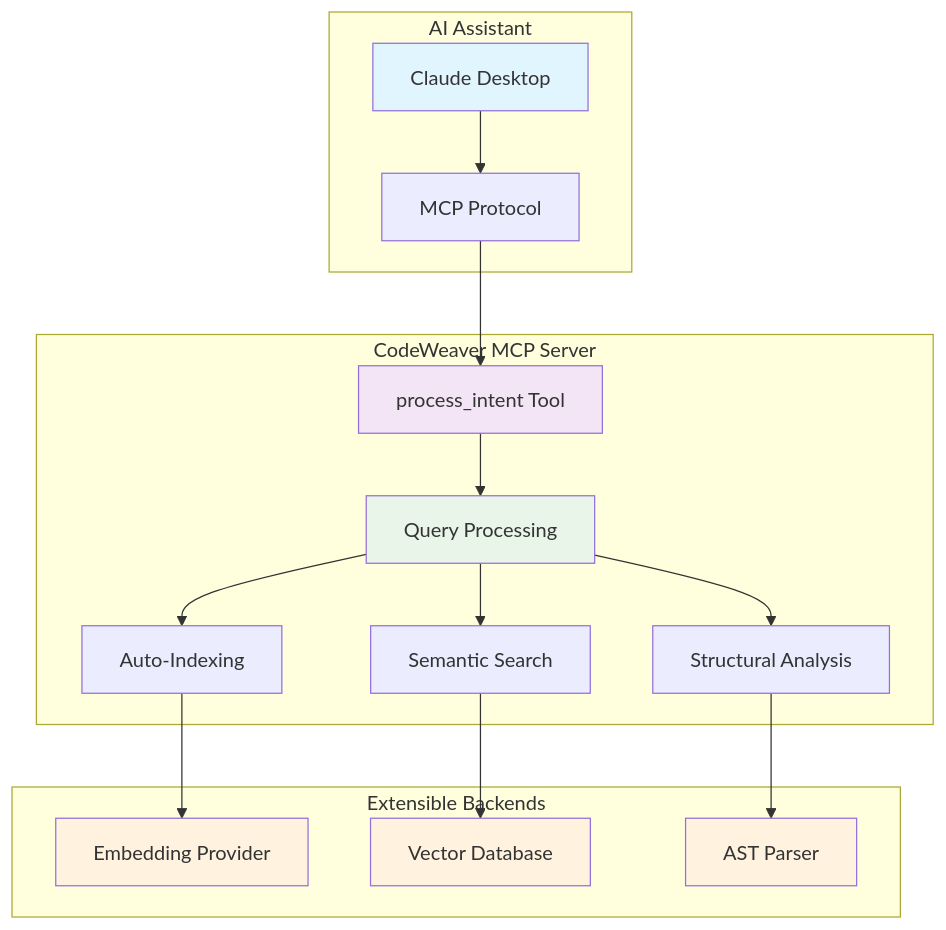
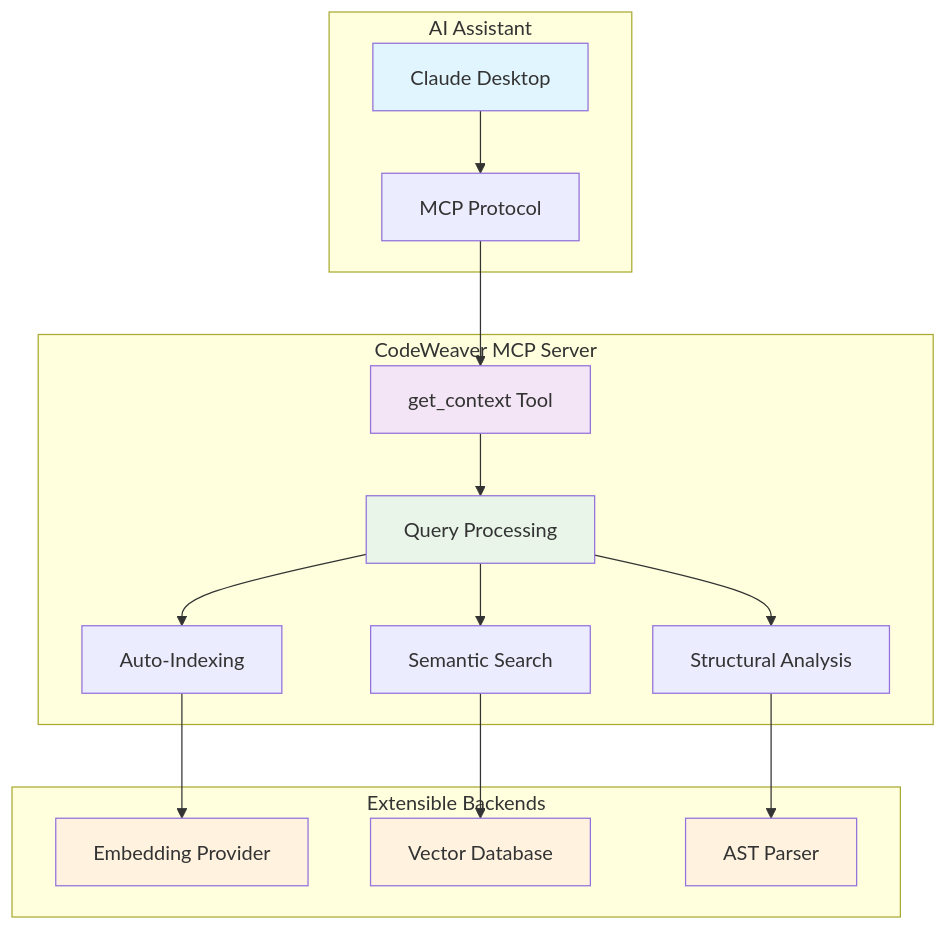
One commit to knitli/codeweaver-mcp changed the diagram in docs/index.md. Above: the diagram before and after it, drawn with Mermaid. The commit also changed 52 other files, not shown here.

````diff
--- a/docs/index.md
+++ b/docs/index.md
@@ -103,27 +103,27 @@
 ```mermaid
 graph TB
     subgraph "AI Assistant"
         A[Claude Desktop] --> B[MCP Protocol]
     end
 
     subgraph "CodeWeaver MCP Server"
-        B --> C[process_intent Tool]
+        B --> C[get_context Tool]
         C --> D[Query Processing]
         D --> E[Auto-Indexing]
         D --> F[Semantic Search]
         D --> G[Structural Analysis]
     end
 
     subgraph "Extensible Backends"
         E --> H[Embedding Provider]
         F --> I[Vector Database]
         G --> J[AST Parser]
     end
 
     style A fill:#e1f5fe
     style C fill:#f3e5f5
     style D fill:#e8f5e8
     style H fill:#fff3e0
     style I fill:#fff3e0
     style J fill:#fff3e0
 ```
````
